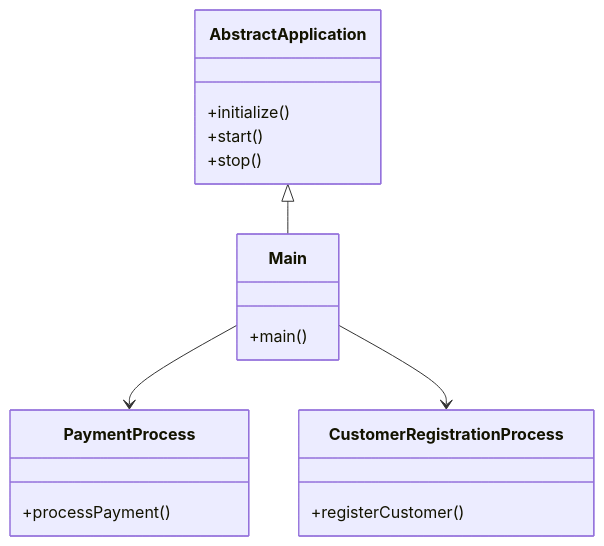
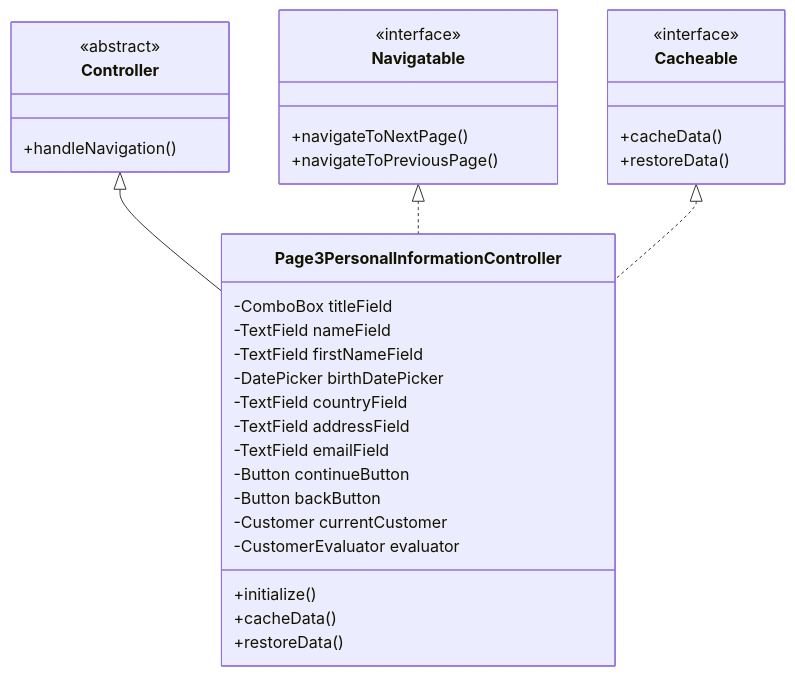
One commit to Foxi2024/ATdIT_ProjectGroup1 changed the fourth of 5 diagrams in DEVELOPER.md. Above: the diagram before and after it, drawn with Mermaid. The commit also changed other lines of this file, not shown here.

````diff
--- a/DEVELOPER.md
+++ b/DEVELOPER.md
@@ -85,24 +204,40 @@
 ```mermaid
 classDiagram
-    class AbstractApplication {
+    class Controller {
+        <<abstract>>
+        +handleNavigation()
+    }
+
+    class Navigatable {
+        <<interface>>
+        +navigateToNextPage()
+        +navigateToPreviousPage()
+    }
+
+    class Cacheable {
+        <<interface>>
+        +cacheData()
+        +restoreData()
+    }
+
+    class Page3PersonalInformationController {
+        -ComboBox titleField
+        -TextField nameField
+        -TextField firstNameField
+        -DatePicker birthDatePicker
+        -TextField countryField
+        -TextField addressField
+        -TextField emailField
+        -Button continueButton
+        -Button backButton
+        -Customer currentCustomer
+        -CustomerEvaluator evaluator
         +initialize()
-        +start()
-        +stop()
+        +cacheData()
+        +restoreData()
     }
-    
-    class Main {
-        +main()
-    }
-    
-    class PaymentProcess {
-        +processPayment()
-    }
-    
-    class CustomerRegistrationProcess {
-        +registerCustomer()
-    }
-    
-    AbstractApplication <|-- Main
-    Main --> PaymentProcess
-    Main --> CustomerRegistrationProcess
+
+    Controller <|-- Page3PersonalInformationController
+    Navigatable <|.. Page3PersonalInformationController
+    Cacheable <|.. Page3PersonalInformationController
 ```
````
